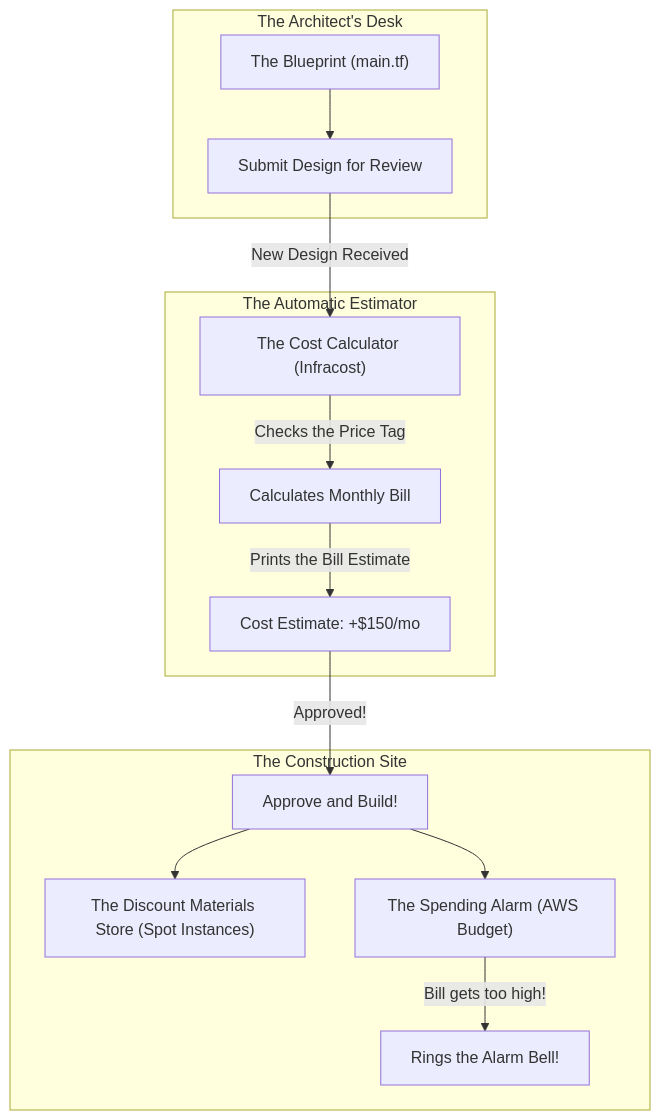
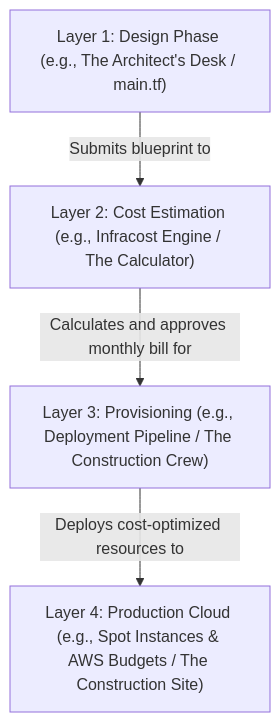
One commit to aloysiuspattath/platform-engineering-ai-course changed the diagram in website/pages/modules/module-09/lesson-04.md. Above: the diagram before and after it, drawn with Mermaid. The commit also changed other lines of this file and 56 other files, not shown here.

Commit message:
refactor: simplify architecture diagrams into single-line layered models

````diff
--- a/website/pages/modules/module-09/lesson-04.md
+++ b/website/pages/modules/module-09/lesson-04.md
@@ -115,19 +115,6 @@
 ```mermaid
 flowchart TD
-    subgraph DeveloperWorkspace [The Architect's Desk]
-        HCL["The Blueprint (main.tf)"] --> PR["Submit Design for Review"]
-    end
-
-    subgraph CI_CD_Engine [The Automatic Estimator]
-        PR -->|New Design Received| INFRACOST["The Cost Calculator (Infracost)"]
-        INFRACOST -->|Checks the Price Tag| DIFF["Calculates Monthly Bill"]
-        DIFF -->|Prints the Bill Estimate| COMMENT["Cost Estimate: +$150/mo"]
-    end
-
-    subgraph ProductionCloud [The Construction Site]
-        COMMENT -->|Approved!| APPLY["Approve and Build!"]
-        APPLY --> SPOT["The Discount Materials Store (Spot Instances)"]
-        APPLY --> BUDGET["The Spending Alarm (AWS Budget)"]
-        BUDGET -->|Bill gets too high!| ALERT["Rings the Alarm Bell!"]
-    end
+    L1["Layer 1: Design Phase (e.g., The Architect's Desk / main.tf)"] -->|Submits blueprint to| L2["Layer 2: Cost Estimation (e.g., Infracost Engine / The Calculator)"]
+    L2 -->|Calculates and approves monthly bill for| L3["Layer 3: Provisioning (e.g., Deployment Pipeline / The Construction Crew)"]
+    L3 -->|Deploys cost-optimized resources to| L4["Layer 4: Production Cloud (e.g., Spot Instances & AWS Budgets / The Construction Site)"]
 ```
````
